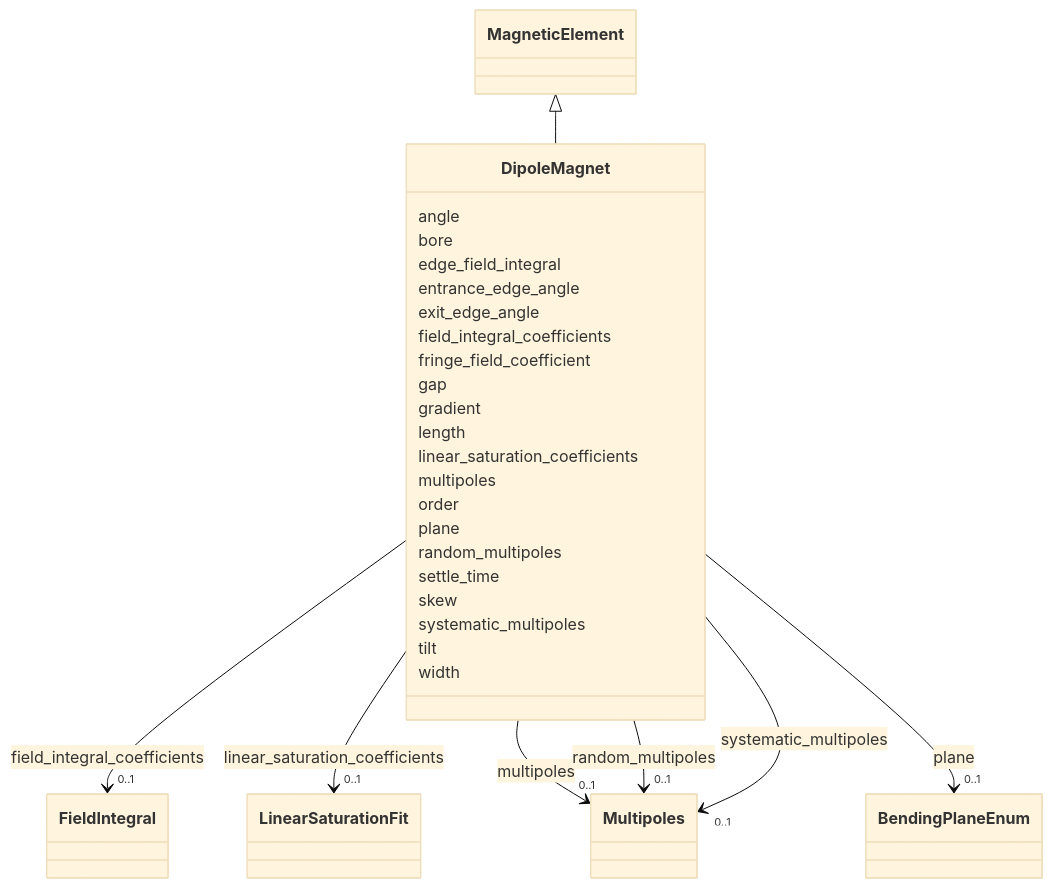
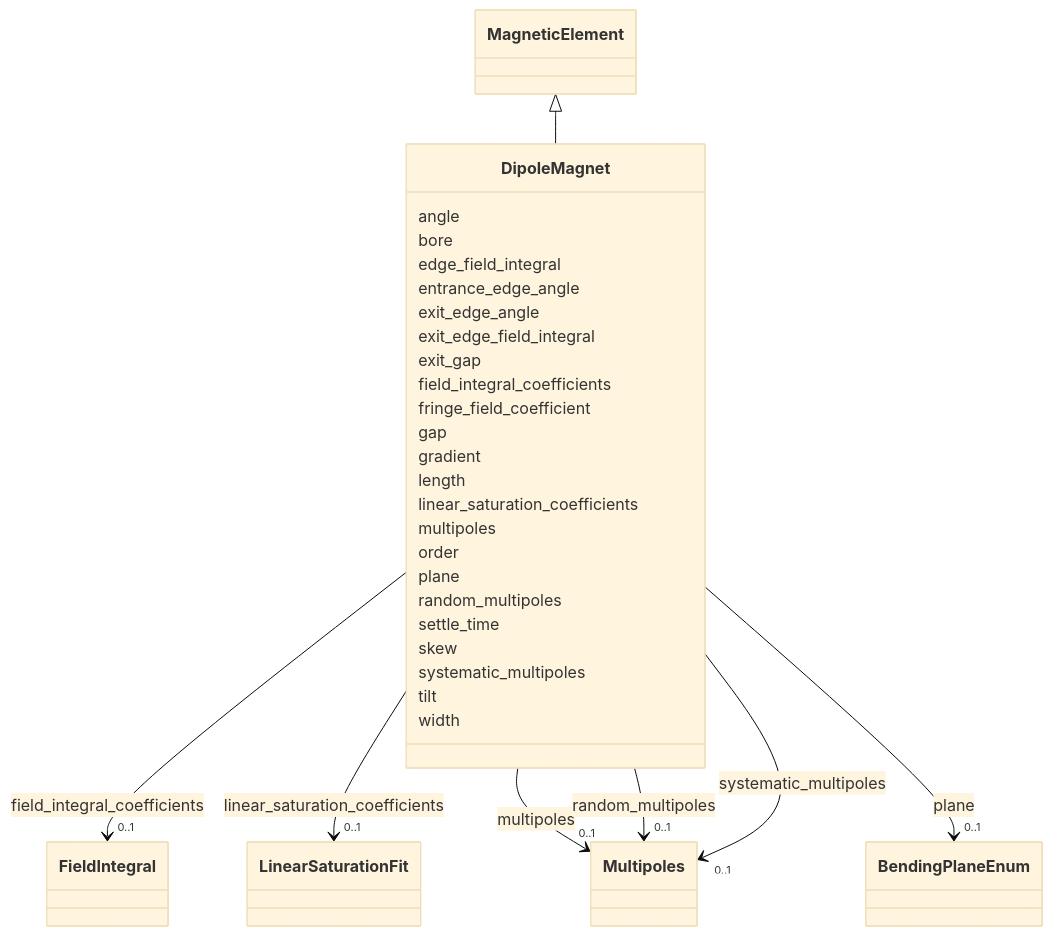
One commit to astec-stfc/laura changed the diagram in docs/source/schema/DipoleMagnet.md. Above: the diagram before and after it, drawn with Mermaid (base theme). The commit also changed other lines of this file and 54 other files, not shown here.

Commit message:
had to add exit_fringe_integral since it can be asymmetric.....

```diff
--- a/docs/source/schema/DipoleMagnet.md
+++ b/docs/source/schema/DipoleMagnet.md
@@ -26,6 +26,10 @@
       DipoleMagnet : entrance_edge_angle
         
       DipoleMagnet : exit_edge_angle
+        
+      DipoleMagnet : exit_edge_field_integral
+        
+      DipoleMagnet : exit_gap
         
       DipoleMagnet : field_integral_coefficients
         
```
